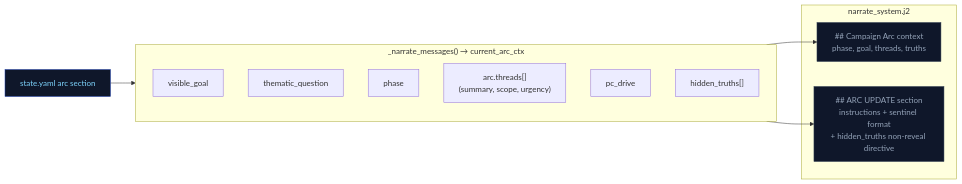
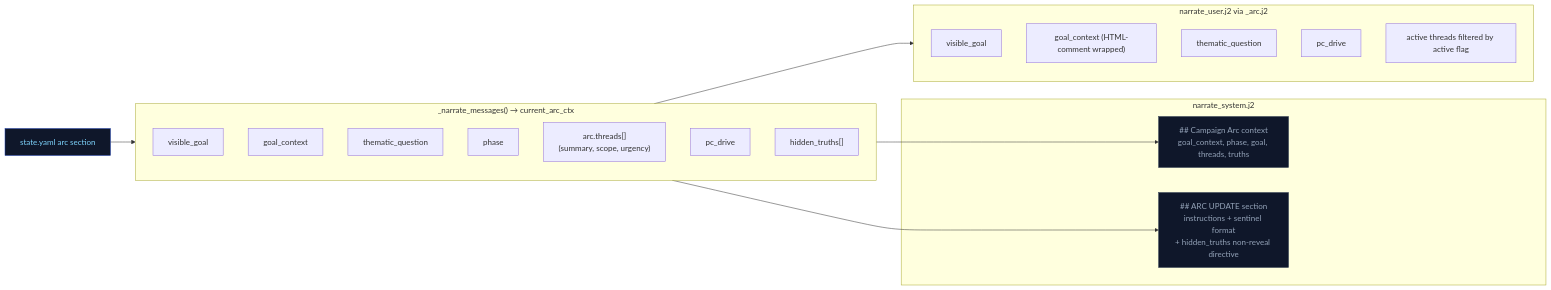
Before and after one commit to pww217/fablethread: the third of 4 diagrams in docs/architecture/campaign-arcs.md, drawn with Mermaid. The commit also changed other lines of this file and 4 other files, not shown here.

First line of the commit message:
documentation: sync architecture docs with opening-story-cohesion changes

````diff
--- a/docs/architecture/campaign-arcs.md
+++ b/docs/architecture/campaign-arcs.md
@@ -125,25 +137,34 @@
 ```mermaid
 flowchart LR
     classDef stateNode fill:#0f172a,color:#7dd3fc,stroke:#1e40af
     classDef ctxNode fill:#3b0764,color:#e9d5ff,stroke:#7c3aed
     classDef llmNode fill:#0f172a,color:#94a3b8,stroke:#334155
 
     STATE["state.yaml arc section"]:::stateNode
 
     subgraph CONTEXT["_narrate_messages() → current_arc_ctx"]
         C1["visible_goal"]
-        C2["thematic_question"]
-        C3["phase"]
-        C4["arc.threads[]<br>(summary, scope, urgency)"]
-        C5["pc_drive"]
-        C6["hidden_truths[]"]
+        C2["goal_context"]
+        C3["thematic_question"]
+        C4["phase"]
+        C5["arc.threads[]<br>(summary, scope, urgency)"]
+        C6["pc_drive"]
+        C7["hidden_truths[]"]
     end
 
     subgraph PROMPT["narrate_system.j2"]
-        P1["## Campaign Arc context<br>phase, goal, threads, truths"]:::llmNode
+        P1["## Campaign Arc context<br>goal_context, phase, goal, threads, truths"]:::llmNode
         P2["## ARC UPDATE section<br>instructions + sentinel format<br>+ hidden_truths non-reveal directive"]:::llmNode
     end
 
+    subgraph USER_PROMPT["narrate_user.j2 via _arc.j2"]
+        U1["visible_goal"]
+        U2["goal_context (HTML-comment wrapped)"]
+        U3["thematic_question"]
+        U4["pc_drive"]
+        U5["active threads filtered by active flag"]
+    end
+
     STATE --> CONTEXT
-    CONTEXT --> P1 & P2
+    CONTEXT --> P1 & P2 & USER_PROMPT
 ```
````
